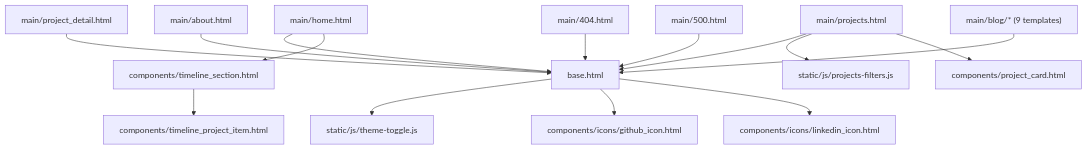
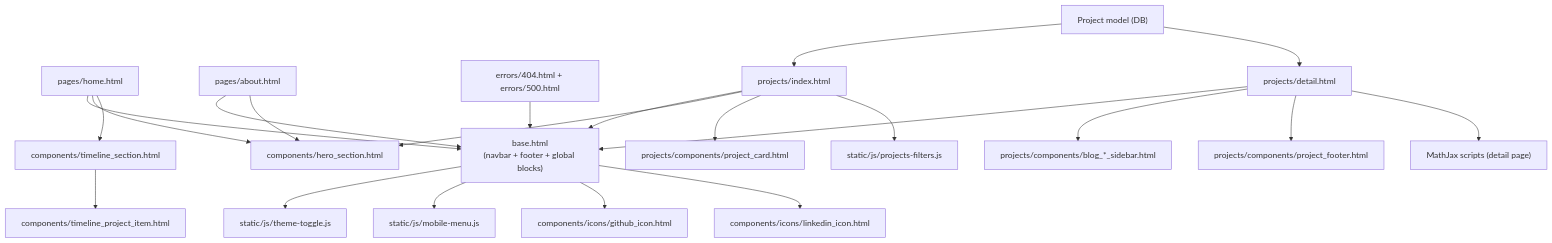
Before and after one commit to stokuj/my-django-portfolio: the diagram in docs/frontend.md, drawn with Mermaid. The commit also changed other lines of this file, not shown here.

````diff
--- a/docs/frontend.md
+++ b/docs/frontend.md
@@ -11,38 +22,51 @@
 ```mermaid
 flowchart TD
-    Base["base.html"]
+    Base["base.html\n(navbar + footer + global blocks)"]
     ThemeJS["static/js/theme-toggle.js"]
+    MobileJS["static/js/mobile-menu.js"]
     ProjectsJS["static/js/projects-filters.js"]
+    MathJax["MathJax scripts (detail page)"]
 
-    Home["main/home.html"]
-    Projects["main/projects.html"]
-    ProjectDetail["main/project_detail.html"]
-    About["main/about.html"]
-    NotFound["main/404.html"]
-    ServerError["main/500.html"]
-    Blog["main/blog/* (9 templates)"]
+    Home["pages/home.html"]
+    About["pages/about.html"]
+    Errors["errors/404.html + errors/500.html"]
+    ProjectsIndex["projects/index.html"]
+    ProjectDetail["projects/detail.html"]
+    ProjectDB["Project model (DB)"]
 
+    Hero["components/hero_section.html"]
     TimelineSection["components/timeline_section.html"]
     TimelineItem["components/timeline_project_item.html"]
-    ProjectCard["components/project_card.html"]
+    ProjectCard["projects/components/project_card.html"]
+    ProjectFooter["projects/components/project_footer.html"]
+    Sidebar["projects/components/blog_*_sidebar.html"]
     GithubIcon["components/icons/github_icon.html"]
     LinkedinIcon["components/icons/linkedin_icon.html"]
 
+    Home --> Base
+    About --> Base
+    Errors --> Base
+    ProjectsIndex --> Base
+    ProjectDetail --> Base
+
     Base --> ThemeJS
+    Base --> MobileJS
     Base --> GithubIcon
     Base --> LinkedinIcon
 
-    Home --> Base
+    Home --> Hero
     Home --> TimelineSection
     TimelineSection --> TimelineItem
 
-    Projects --> Base
-    Projects --> ProjectsJS
-    Projects --> ProjectCard
+    About --> Hero
 
-    ProjectDetail --> Base
-    About --> Base
-    NotFound --> Base
-    ServerError --> Base
-    Blog --> Base
+    ProjectsIndex --> Hero
+    ProjectsIndex --> ProjectCard
+    ProjectsIndex --> ProjectsJS
+
+    ProjectDB --> ProjectsIndex
+    ProjectDB --> ProjectDetail
+    ProjectDetail --> Sidebar
+    ProjectDetail --> ProjectFooter
+    ProjectDetail --> MathJax
 ```
````
